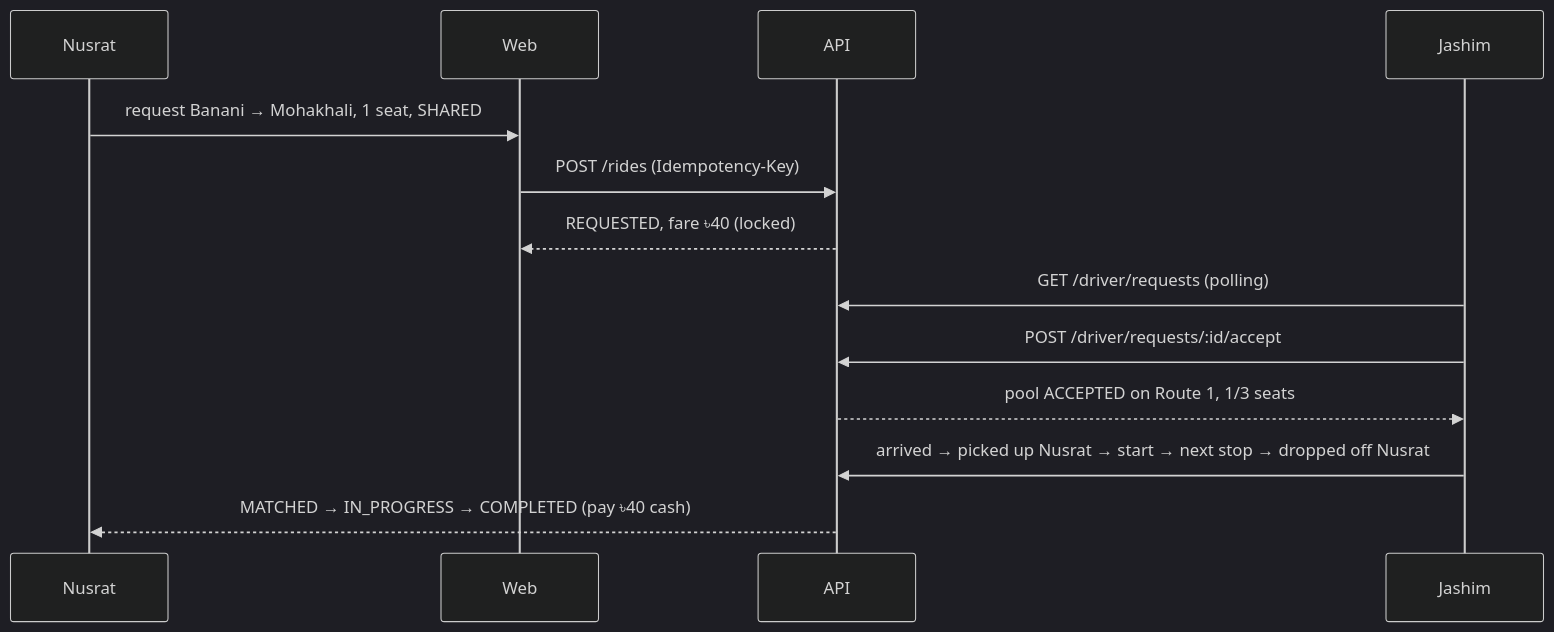
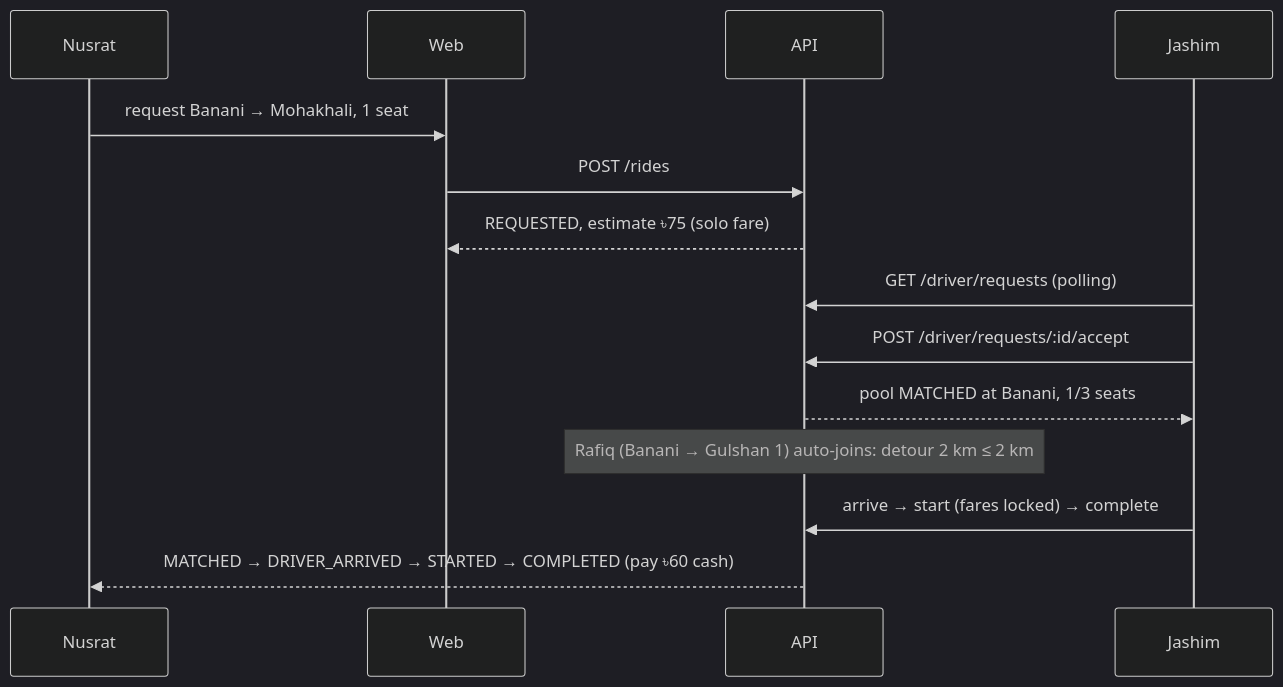
The fourth of 5 diagrams in docs/architecture.md (istiak133/Tesla), drawn with Mermaid (dark theme) before and after one commit. The commit also changed other lines of this file and 2 other files, not shown here.

Commit message:
docs: align architecture and assumptions with the implementation

````diff
--- a/docs/architecture.md
+++ b/docs/architecture.md
@@ -87,15 +89,16 @@
 ```mermaid
 sequenceDiagram
     participant N as Nusrat
     participant W as Web
     participant A as API
     participant J as Jashim
-    N->>W: request Banani → Mohakhali, 1 seat, SHARED
-    W->>A: POST /rides (Idempotency-Key)
-    A-->>W: REQUESTED, fare ৳40 (locked)
+    N->>W: request Banani → Mohakhali, 1 seat
+    W->>A: POST /rides
+    A-->>W: REQUESTED, estimate ৳75 (solo fare)
     J->>A: GET /driver/requests (polling)
     J->>A: POST /driver/requests/:id/accept
-    A-->>J: pool ACCEPTED on Route 1, 1/3 seats
-    J->>A: arrived → picked up Nusrat → start → next stop → dropped off Nusrat
-    A-->>N: MATCHED → IN_PROGRESS → COMPLETED (pay ৳40 cash)
+    A-->>J: pool MATCHED at Banani, 1/3 seats
+    Note over A: Rafiq (Banani → Gulshan 1) auto-joins: detour 2 km ≤ 2 km
+    J->>A: arrive → start (fares locked) → complete
+    A-->>N: MATCHED → DRIVER_ARRIVED → STARTED → COMPLETED (pay ৳60 cash)
 ```
````
